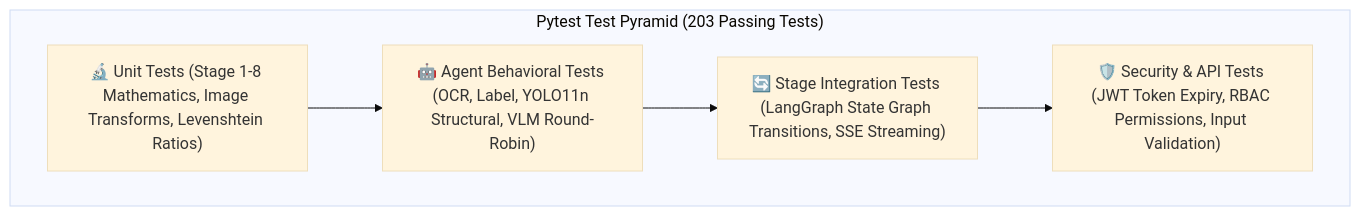
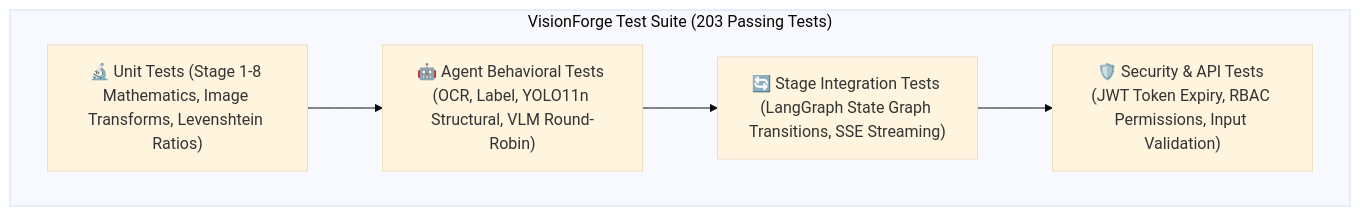
Before and after one commit to Disha-1610/VisionForge: the first of 2 diagrams in docs/TESTING.md, drawn with Mermaid (base theme). The commit also changed other lines of this file and 13 other files, not shown here.

````diff
--- a/docs/TESTING.md
+++ b/docs/TESTING.md
@@ -32,11 +30,11 @@
 ```mermaid
 flowchart TD
-    subgraph TestLayers["Pytest Test Pyramid (203 Passing Tests)"]
+    subgraph TestPyramid["VisionForge Test Suite (203 Passing Tests)"]
         Unit["🔬 Unit Tests (Stage 1-8 Mathematics, Image Transforms, Levenshtein Ratios)"]
         Agent["🤖 Agent Behavioral Tests (OCR, Label, YOLO11n Structural, VLM Round-Robin)"]
         Integration["🔄 Stage Integration Tests (LangGraph State Graph Transitions, SSE Streaming)"]
         Security["🛡️ Security & API Tests (JWT Token Expiry, RBAC Permissions, Input Validation)"]
     end
 
     Unit --> Agent --> Integration --> Security
 ```
````
